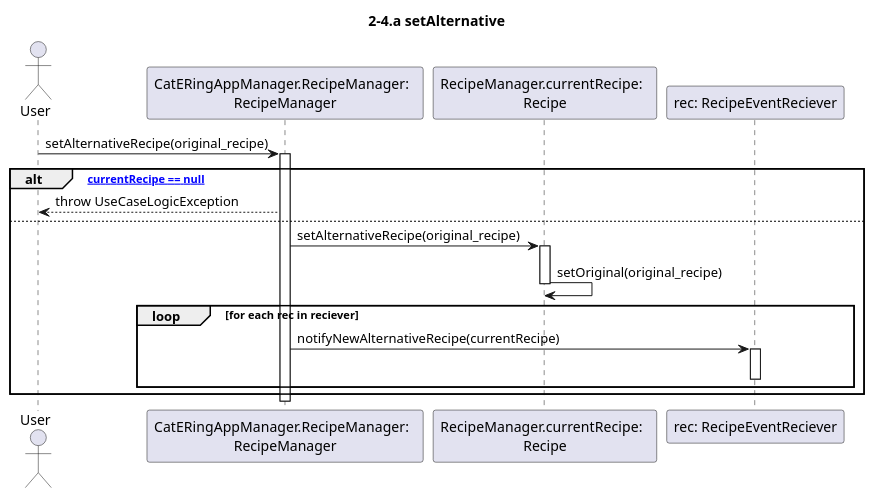
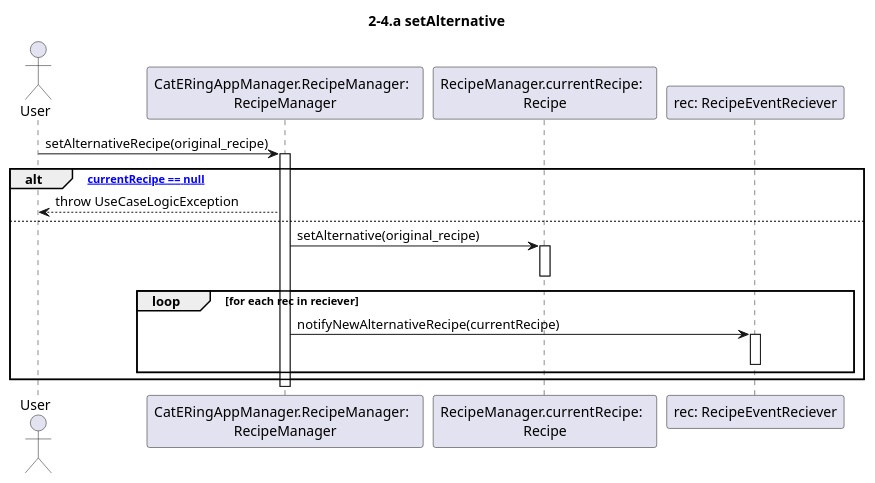
One commit to m0canu1/sas changed the diagram in dsd/dsd-ricette/estensioni/6-setAlternative.md. Above: the diagram before and after it, drawn with PlantUML. The commit also changed 14 other files, not shown here.

````diff
--- a/dsd/dsd-ricette/estensioni/6-setAlternative.md
+++ b/dsd/dsd-ricette/estensioni/6-setAlternative.md
@@ -1,31 +1,30 @@
 ```plantuml
 
 title: 2-4.a setAlternative
 
 Actor User
 Participant "CatERingAppManager.RecipeManager:  \nRecipeManager" as RM
 Participant "RecipeManager.currentRecipe:  \nRecipe" as CR
 Participant "rec: RecipeEventReciever" as RER
 User -> RM: setAlternativeRecipe(original_recipe)
 Activate RM
 
 alt ["currentRecipe == null"]
 	RM --> User: throw UseCaseLogicException
 else
-	RM -> CR: setAlternativeRecipe(original_recipe)
+	RM -> CR: setAlternative(original_recipe)
 	Activate CR
     
-	CR -> CR: setOriginal(original_recipe)
 
 
 	Deactivate CR
 	loop for each rec in reciever
 		RM -> RER: notifyNewAlternativeRecipe(currentRecipe)
 		activate RER
 		Deactivate RER
 	end
 end
 Deactivate RM
 
 
 ```
````
